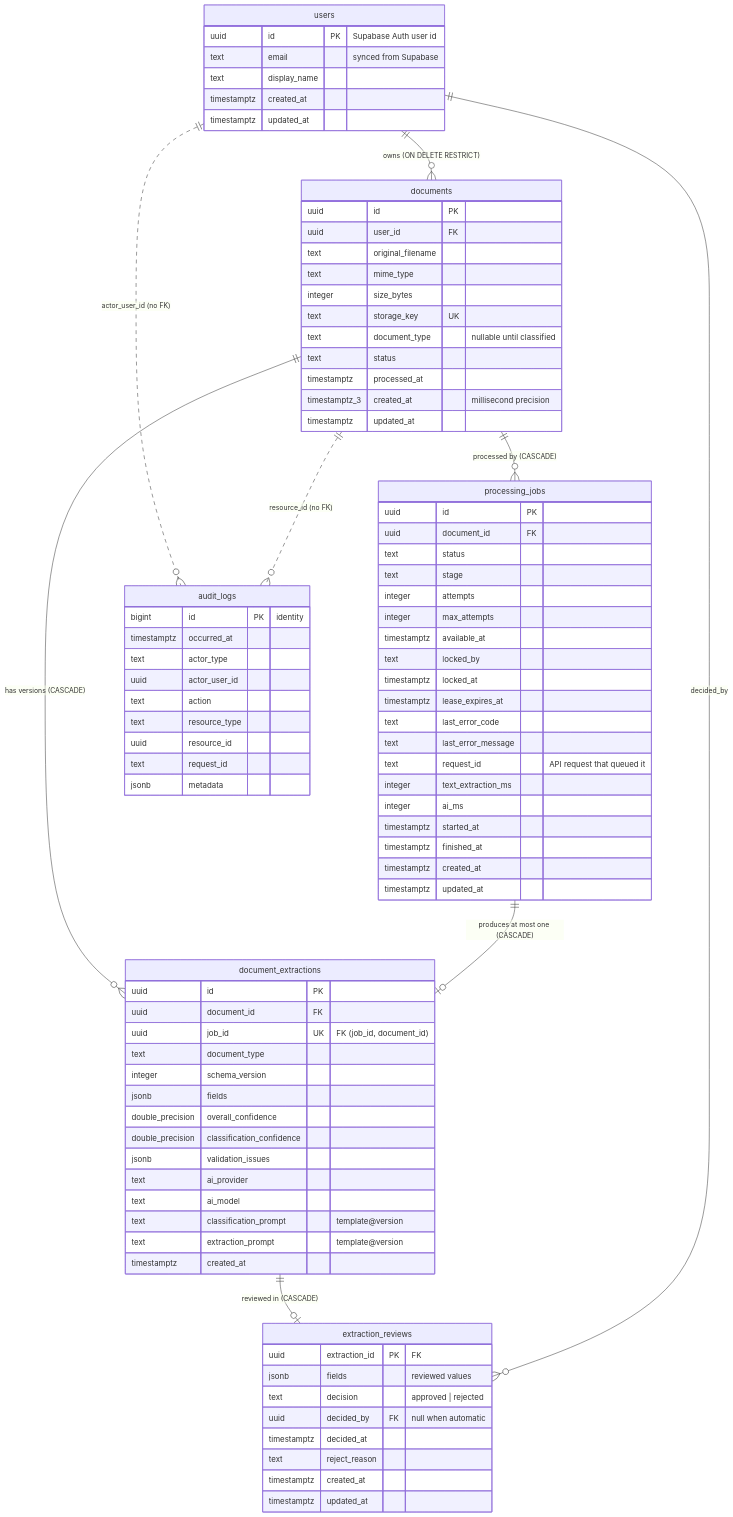
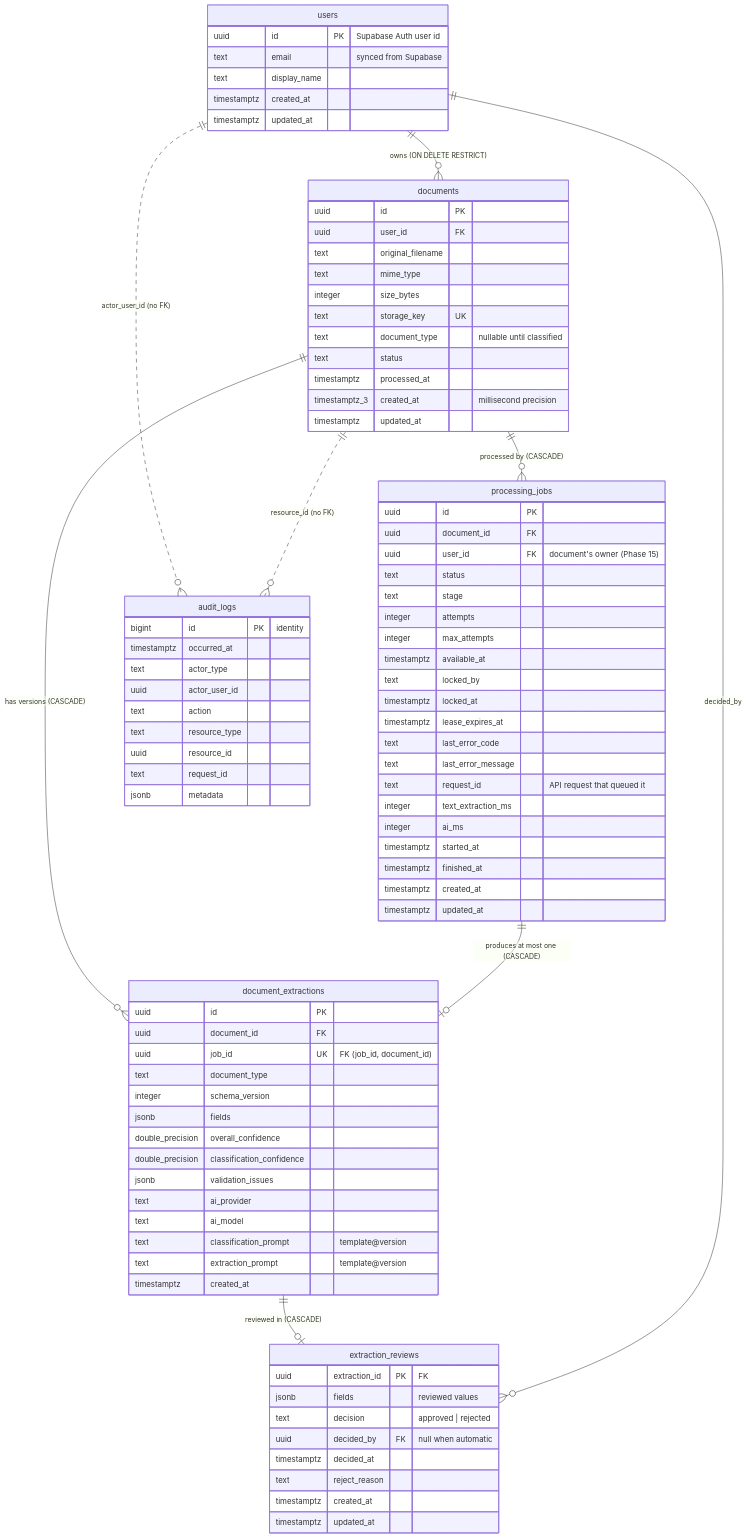
One commit to ChetanRawat07/DocuMind changed the diagram in docs/database/schema.md. Above: the diagram before and after it, drawn with Mermaid. The commit also changed other lines of this file and 8 other files, not shown here.

```diff
--- a/docs/database/schema.md
+++ b/docs/database/schema.md
@@ -43,6 +43,7 @@
     processing_jobs {
         uuid id PK
         uuid document_id FK
+        uuid user_id FK "document's owner (Phase 15)"
         text status
         text stage
         integer attempts
```
